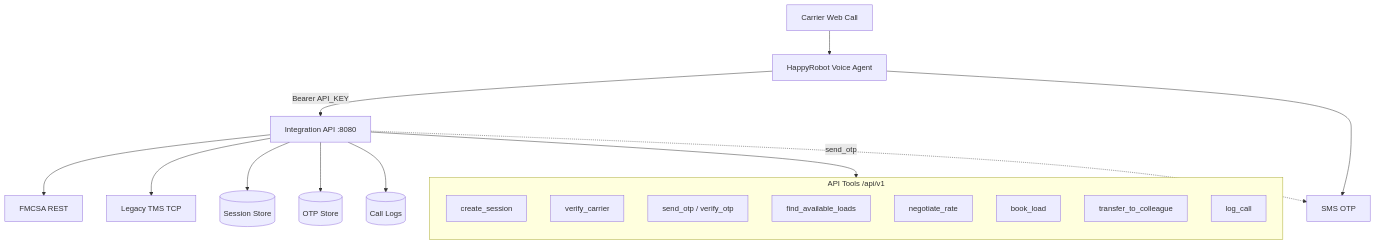
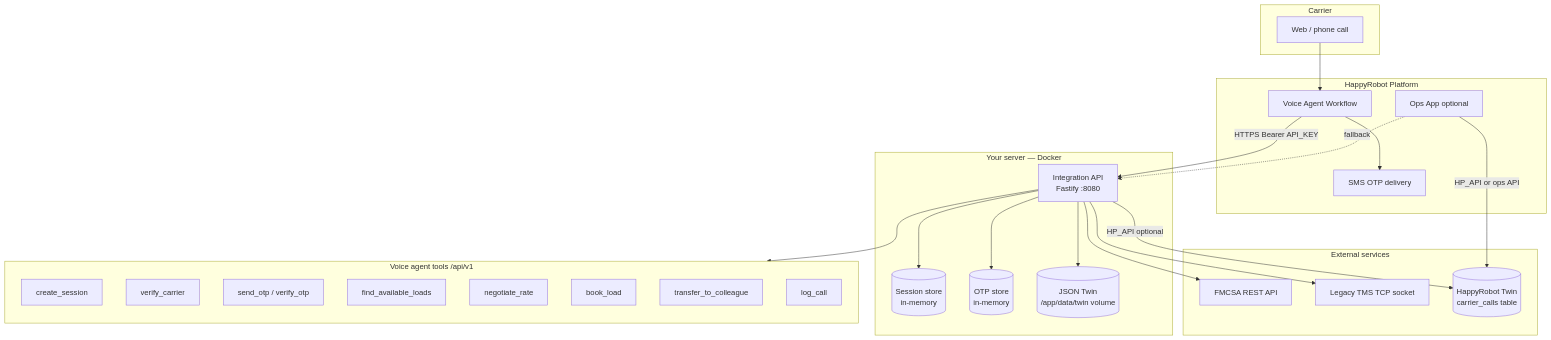
The second of 6 diagrams in Architecture/README.md (esxph/happyrobots_logistics), drawn with Mermaid before and after one commit. The commit also changed other lines of this file and 8 other files, not shown here.

````diff
--- a/Architecture/README.md
+++ b/Architecture/README.md
@@ -7,28 +139,51 @@
 ```mermaid
 flowchart TB
-    Carrier[Carrier Web Call] --> HR[HappyRobot Voice Agent]
-    HR -->|Bearer API_KEY| API[Integration API :8080]
+    subgraph client [Carrier]
+        Carrier[Web / phone call]
+    end
 
-    API --> FMCSA[FMCSA REST]
-    API --> TMS[Legacy TMS TCP]
-    API --> Session[(Session Store)]
-    API --> OTP[(OTP Store)]
-    API --> Twin[(Call Logs)]
+    subgraph happyrobot [HappyRobot Platform]
+        HR[Voice Agent Workflow]
+        SMS[SMS OTP delivery]
+        App[Ops App optional]
+    end
 
-    HR --> SMS[SMS OTP]
-    API -.->|send_otp| SMS
+    subgraph server [Your server — Docker]
+        API[Integration API<br/>Fastify :8080]
+        Session[(Session store<br/>in-memory)]
+        OTPStore[(OTP store<br/>in-memory)]
+        JSONTwin[(JSON Twin<br/>/app/data/twin volume)]
+    end
 
-    subgraph api_tools [API Tools /api/v1]
+    subgraph external [External services]
+        FMCSA[FMCSA REST API]
+        TMS[Legacy TMS TCP socket]
+        HRTwin[(HappyRobot Twin<br/>carrier_calls table)]
+    end
+
+    Carrier --> HR
+    HR -->|HTTPS Bearer API_KEY| API
+    HR --> SMS
+    API --> Session
+    API --> OTPStore
+    API --> JSONTwin
+    API -->|HP_API optional| HRTwin
+    API --> FMCSA
+    API --> TMS
+    App -->|HP_API or ops API| HRTwin
+    App -.->|fallback| API
+
+    subgraph tools [Voice agent tools /api/v1]
         direction TB
         T1[create_session]
         T2[verify_carrier]
         T3[send_otp / verify_otp]
         T4[find_available_loads]
         T5[negotiate_rate]
         T6[book_load]
         T7[transfer_to_colleague]
         T8[log_call]
     end
 
-    API --> api_tools
+    API --> tools
 ```
````
